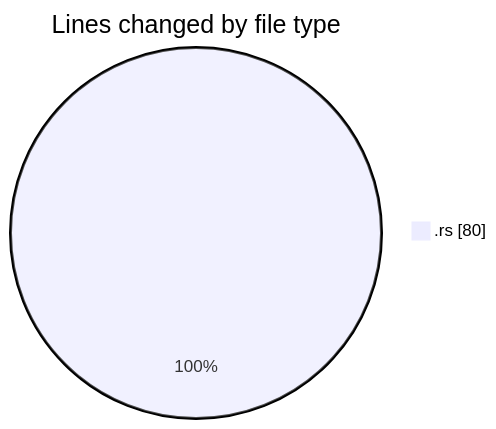
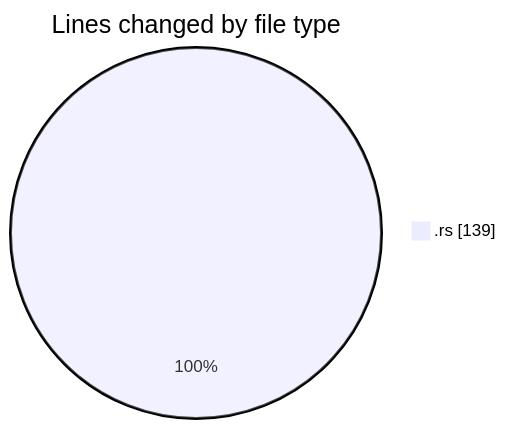
One commit to Ritupan-Deka/code-tracking changed the first of 2 diagrams in 2025-12-28/rust/README.md. Above: the diagram before and after it, drawn with Mermaid. The commit also changed other lines of this file and 1 other file, not shown here.

````diff
--- a/2025-12-28/rust/README.md
+++ b/2025-12-28/rust/README.md
@@ -20,5 +20,5 @@
 ```mermaid
 pie showData
 title Lines changed by file type
-".rs" : 80
+".rs" : 139
 ```
````
